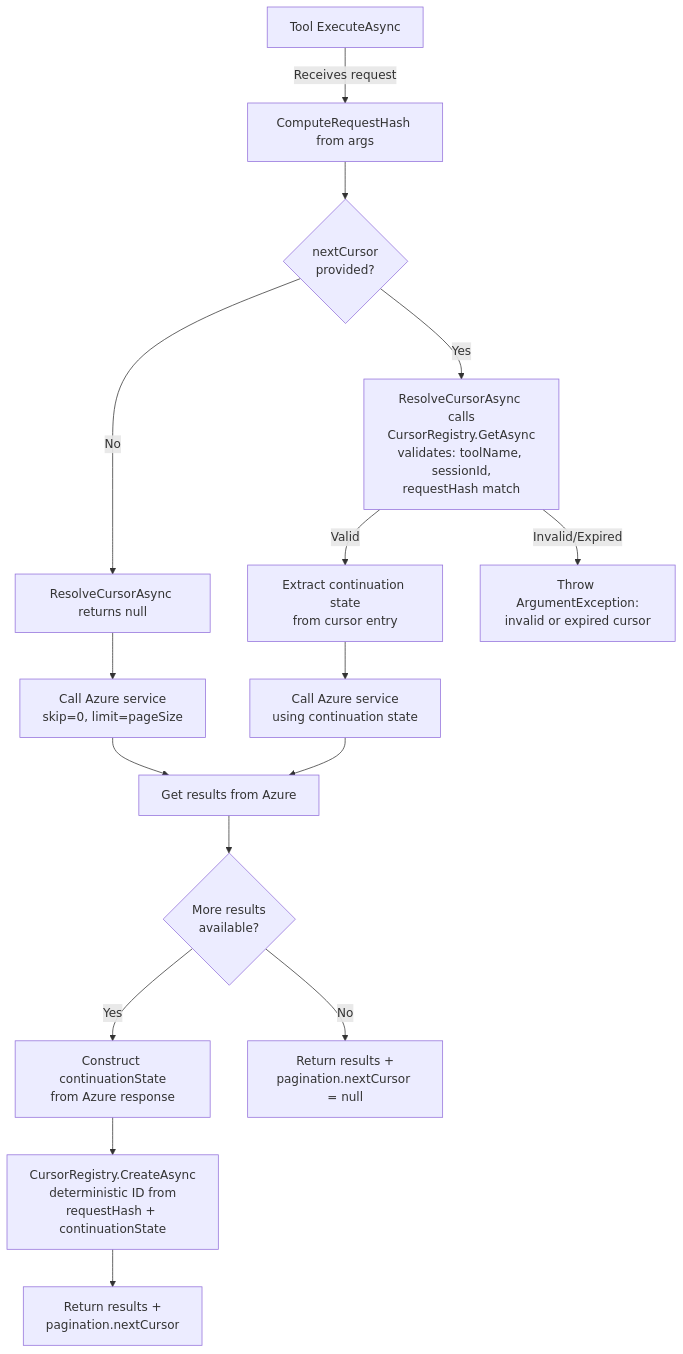
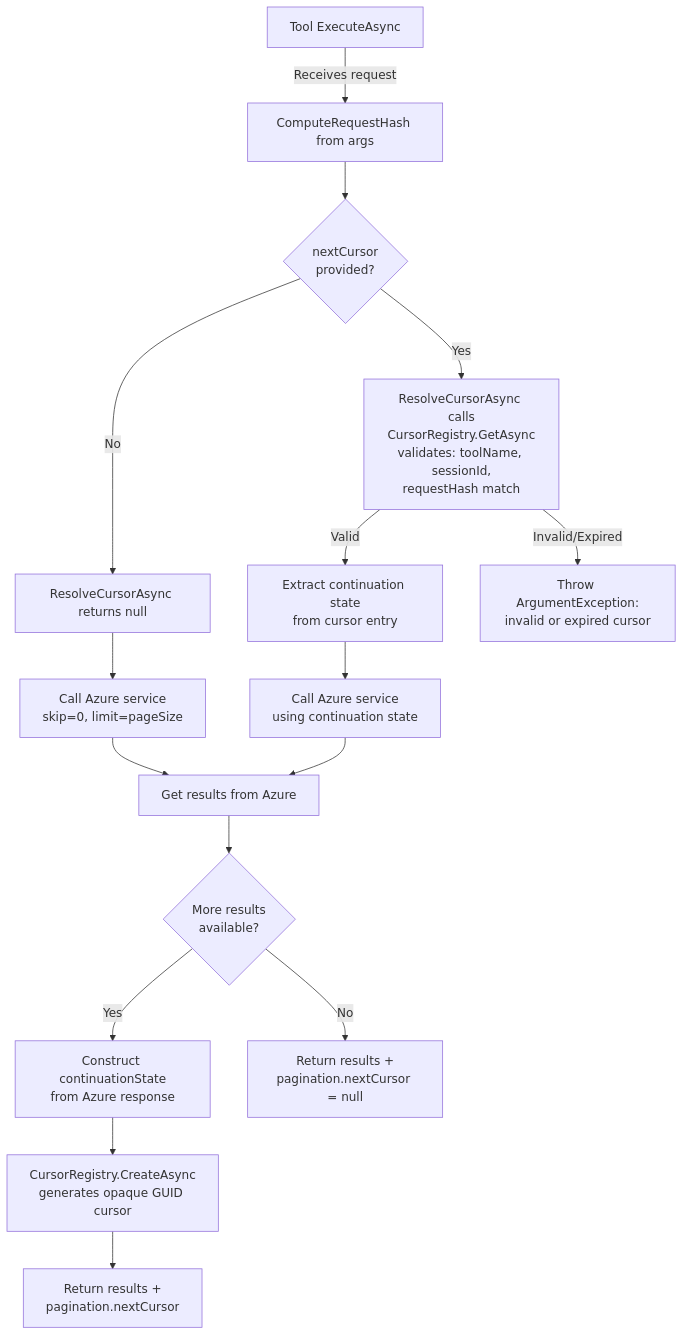
One commit to srnagar/mcp changed the second of 3 diagrams in docs/design/pagination.md. Above: the diagram before and after it, drawn with Mermaid. The commit also changed other lines of this file and 4 other files, not shown here.

````diff
--- a/docs/design/pagination.md
+++ b/docs/design/pagination.md
@@ -93,23 +94,23 @@
 ```mermaid
 flowchart TD
     A[Tool ExecuteAsync] -->|Receives request| B[ComputeRequestHash from args]
     B --> C{nextCursor<br/>provided?}
     C -->|No| D[ResolveCursorAsync returns null]
     D --> E[Call Azure service<br/>skip=0, limit=pageSize]
 
     C -->|Yes| F[ResolveCursorAsync calls<br/>CursorRegistry.GetAsync<br/>validates: toolName, sessionId,<br/>requestHash match]
     F -->|Valid| G[Extract continuation state<br/>from cursor entry]
     G --> H[Call Azure service<br/>using continuation state]
 
     F -->|Invalid/Expired| P[Throw ArgumentException:<br/>invalid or expired cursor]
 
     E --> I[Get results from Azure]
     H --> I
 
     I --> J{More results<br/>available?}
     J -->|Yes| K[Construct continuationState<br/>from Azure response]
-    K --> L[CursorRegistry.CreateAsync<br/>deterministic ID from<br/>requestHash + continuationState]
+    K --> L[CursorRegistry.CreateAsync<br/>generates opaque GUID cursor]
     L --> M[Return results +<br/>pagination.nextCursor]
 
     J -->|No| N[Return results +<br/>pagination.nextCursor = null]
 ```
````
